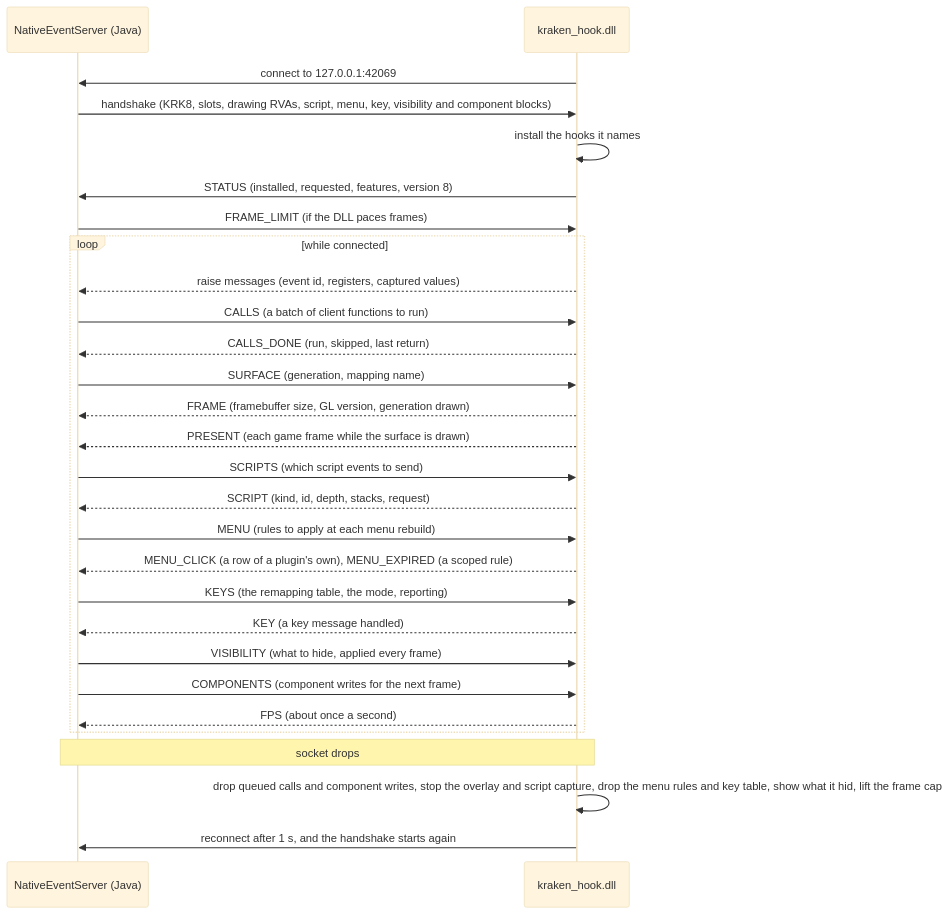
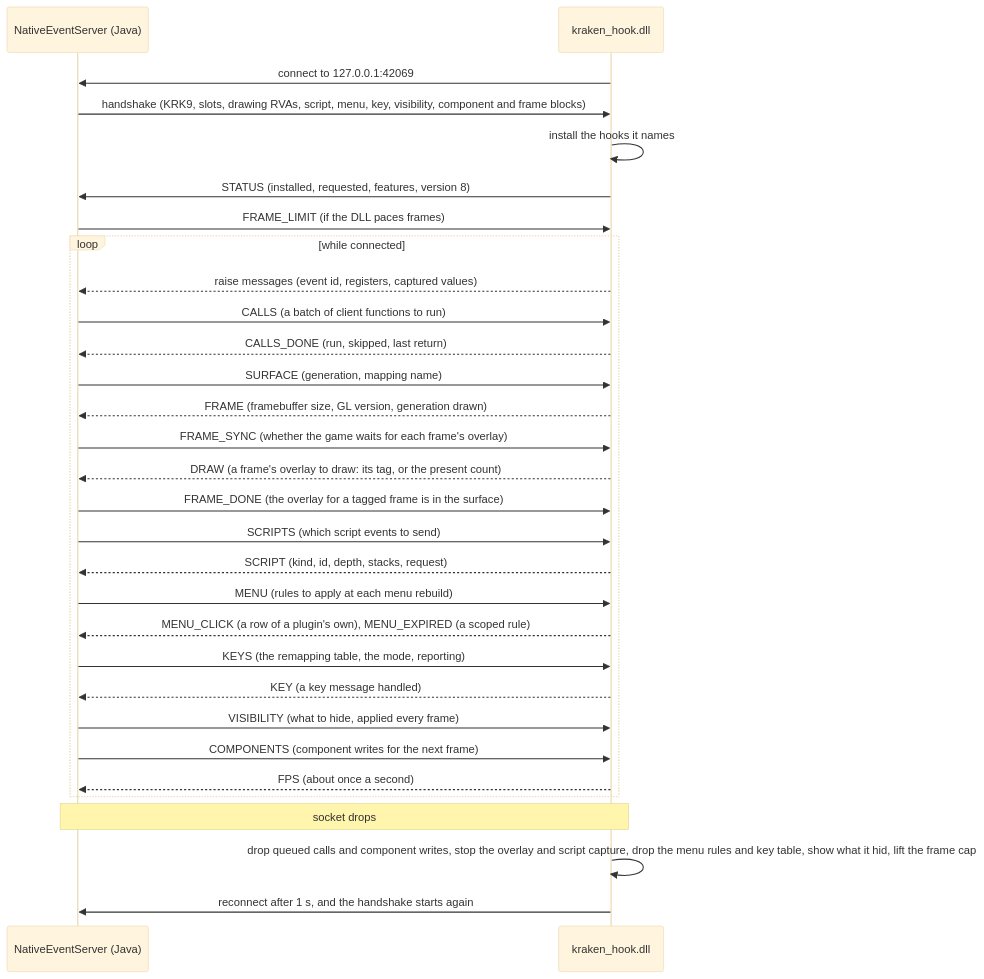
One commit to Kraken-Plugins/kraken-native changed the diagram in docs/developer/native-protocol.md. Above: the diagram before and after it, drawn with Mermaid (base theme). The commit also changed other lines of this file and 29 other files, not shown here.

Commit message:
fix(overlay): sync overlays with game frames

````diff
--- a/docs/developer/native-protocol.md
+++ b/docs/developer/native-protocol.md
@@ -17,30 +17,32 @@
 ```mermaid
 sequenceDiagram
     participant J as NativeEventServer (Java)
     participant D as kraken_hook.dll
     D->>J: connect to 127.0.0.1:42069
-    J->>D: handshake (KRK8, slots, drawing RVAs, script, menu, key, visibility and component blocks)
+    J->>D: handshake (KRK9, slots, drawing RVAs, script, menu, key, visibility, component and frame blocks)
     D->>D: install the hooks it names
     D->>J: STATUS (installed, requested, features, version 8)
     J->>D: FRAME_LIMIT (if the DLL paces frames)
     loop while connected
         D-->>J: raise messages (event id, registers, captured values)
         J->>D: CALLS (a batch of client functions to run)
         D-->>J: CALLS_DONE (run, skipped, last return)
         J->>D: SURFACE (generation, mapping name)
         D-->>J: FRAME (framebuffer size, GL version, generation drawn)
-        D-->>J: PRESENT (each game frame while the surface is drawn)
+        J->>D: FRAME_SYNC (whether the game waits for each frame's overlay)
+        D-->>J: DRAW (a frame's overlay to draw: its tag, or the present count)
+        J->>D: FRAME_DONE (the overlay for a tagged frame is in the surface)
         J->>D: SCRIPTS (which script events to send)
         D-->>J: SCRIPT (kind, id, depth, stacks, request)
         J->>D: MENU (rules to apply at each menu rebuild)
         D-->>J: MENU_CLICK (a row of a plugin's own), MENU_EXPIRED (a scoped rule)
         J->>D: KEYS (the remapping table, the mode, reporting)
         D-->>J: KEY (a key message handled)
         J->>D: VISIBILITY (what to hide, applied every frame)
         J->>D: COMPONENTS (component writes for the next frame)
         D-->>J: FPS (about once a second)
     end
     Note over J,D: socket drops
     D->>D: drop queued calls and component writes, stop the overlay and script capture, drop the menu rules and key table, show what it hid, lift the frame cap
     D->>J: reconnect after 1 s, and the handshake starts again
 ```
````
